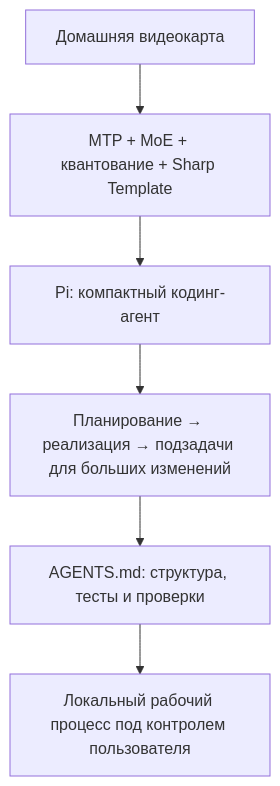
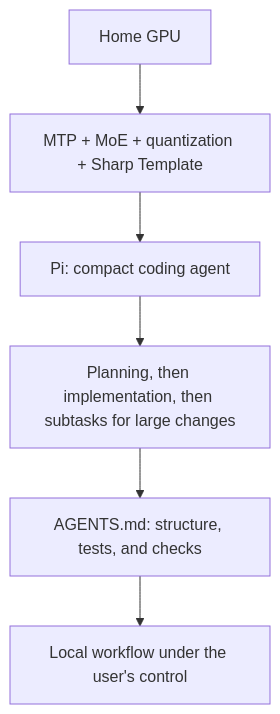
Before and after one commit to evgenyigumnov/subtask4llm: the seventh of 7 diagrams in article.en.md, drawn with Mermaid. The commit also changed other lines of this file, not shown here.

````diff
--- a/article.en.md
+++ b/article.en.md
@@ -135,8 +134,8 @@
 ```mermaid
 flowchart TB
-  gpu["Домашняя видеокарта"] --> models["MTP + MoE + квантование + Sharp Template"]
-  models --> agent["Pi: компактный кодинг-агент"]
-  agent --> workflow["Планирование → реализация → подзадачи для больших изменений"]
-  workflow --> rules["AGENTS.md: структура, тесты и проверки"]
-  rules --> result["Локальный рабочий процесс под контролем пользователя"]
+  gpu["Home GPU"] --> models["MTP + MoE + quantization + Sharp Template"]
+  models --> agent["Pi: compact coding agent"]
+  agent --> workflow["Planning, then implementation, then subtasks for large changes"]
+  workflow --> rules["AGENTS.md: structure, tests, and checks"]
+  rules --> result["Local workflow under the user's control"]
 ```
````
